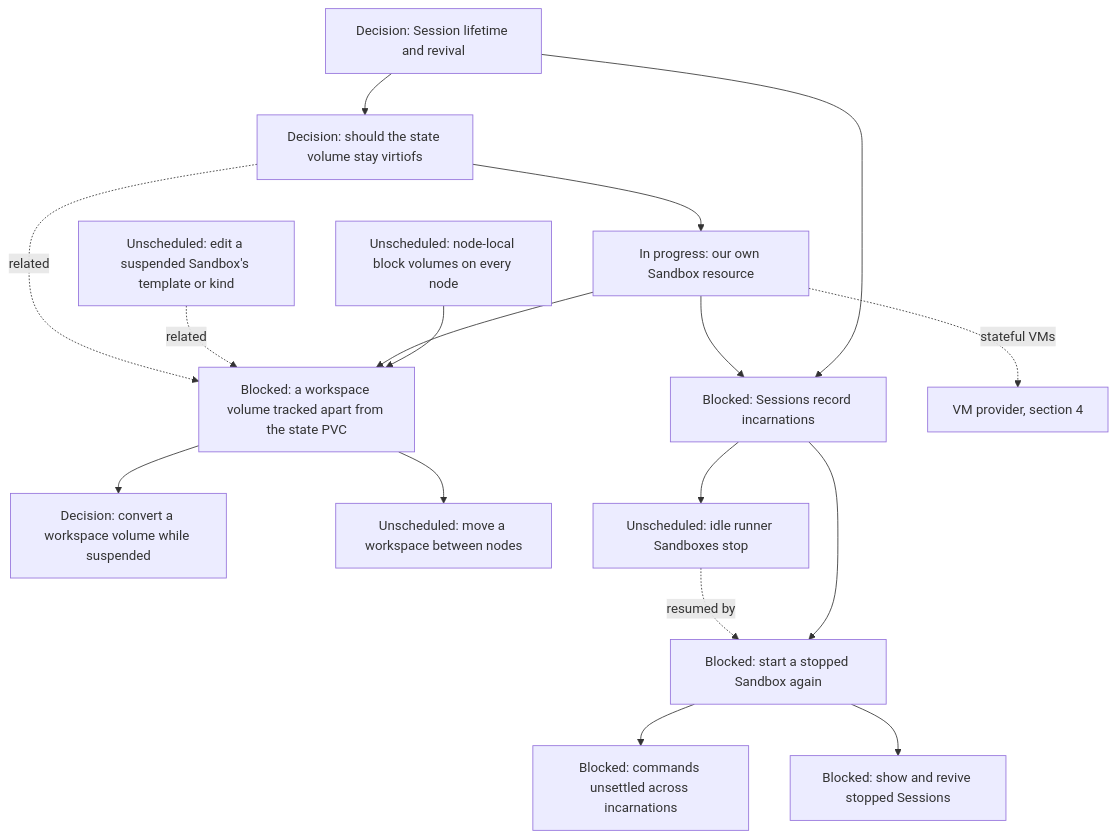
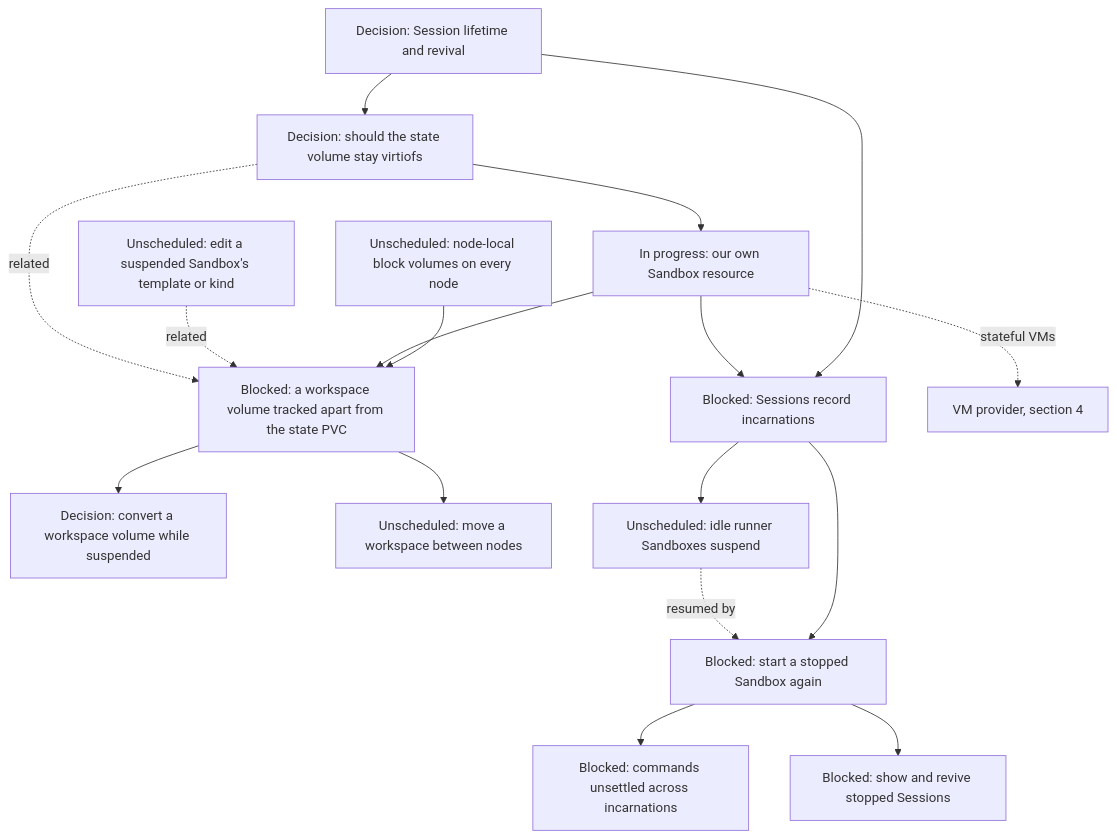
The ninth of 15 diagrams in agentplane/plans/task_dag.md (agentydragon/ducktape), drawn with Mermaid before and after one commit. The commit also changed other lines of this file, not shown here.

First line of the commit message:
agentplane: make SANDBOX_IDLE_EXPIRY suspend and never delete

````diff
--- a/agentplane/plans/task_dag.md
+++ b/agentplane/plans/task_dag.md
@@ -663,32 +663,32 @@
 ```mermaid
 flowchart TD
     DURABLE_SESSION_LIFECYCLE[Decision: Session lifetime and revival]
     SESSION_STATE_VOLUME_DESIGN[Decision: should the state volume stay virtiofs]
     NODE_LOCAL_BLOCK_STORAGE[Unscheduled: node-local block volumes on every node]
     WORKSPACE_VOLUME[Blocked: a workspace volume tracked apart from the state PVC]
     SANDBOX_SPEC_EDIT[Unscheduled: edit a suspended Sandbox's template or kind]
     WORKSPACE_CONVERSION[Decision: convert a workspace volume while suspended]
     WORKSPACE_NODE_PORTABILITY[Unscheduled: move a workspace between nodes]
     AGENTPLANE_SANDBOX_RESOURCE[In progress: our own Sandbox resource]
     SESSION_INCARNATIONS[Blocked: Sessions record incarnations]
     SESSION_REVIVE[Blocked: start a stopped Sandbox again]
     THREAD_SUCCESSOR_DELIVERY[Blocked: commands unsettled across incarnations]
     HOSTED_THREAD_SURFACES[Blocked: show and revive stopped Sessions]
     VM_PROVIDER[VM provider, section 4]
     DURABLE_SESSION_LIFECYCLE --> SESSION_STATE_VOLUME_DESIGN
     DURABLE_SESSION_LIFECYCLE --> SESSION_INCARNATIONS
     SESSION_STATE_VOLUME_DESIGN --> AGENTPLANE_SANDBOX_RESOURCE
     NODE_LOCAL_BLOCK_STORAGE --> WORKSPACE_VOLUME
     AGENTPLANE_SANDBOX_RESOURCE --> WORKSPACE_VOLUME
     WORKSPACE_VOLUME --> WORKSPACE_CONVERSION
     WORKSPACE_VOLUME --> WORKSPACE_NODE_PORTABILITY
     SANDBOX_SPEC_EDIT -. related .-> WORKSPACE_VOLUME
     SESSION_STATE_VOLUME_DESIGN -. related .-> WORKSPACE_VOLUME
     AGENTPLANE_SANDBOX_RESOURCE --> SESSION_INCARNATIONS
     AGENTPLANE_SANDBOX_RESOURCE -. stateful VMs .-> VM_PROVIDER
     SESSION_INCARNATIONS --> SESSION_REVIVE
-    SESSION_INCARNATIONS --> SANDBOX_IDLE_EXPIRY[Unscheduled: idle runner Sandboxes stop]
+    SESSION_INCARNATIONS --> SANDBOX_IDLE_EXPIRY[Unscheduled: idle runner Sandboxes suspend]
     SANDBOX_IDLE_EXPIRY -. resumed by .-> SESSION_REVIVE
     SESSION_REVIVE --> THREAD_SUCCESSOR_DELIVERY
     SESSION_REVIVE --> HOSTED_THREAD_SURFACES
 ```
````
